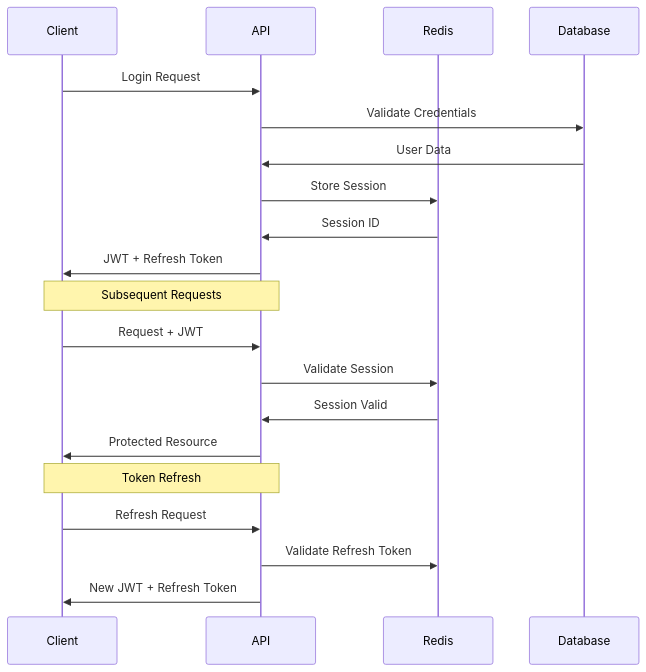
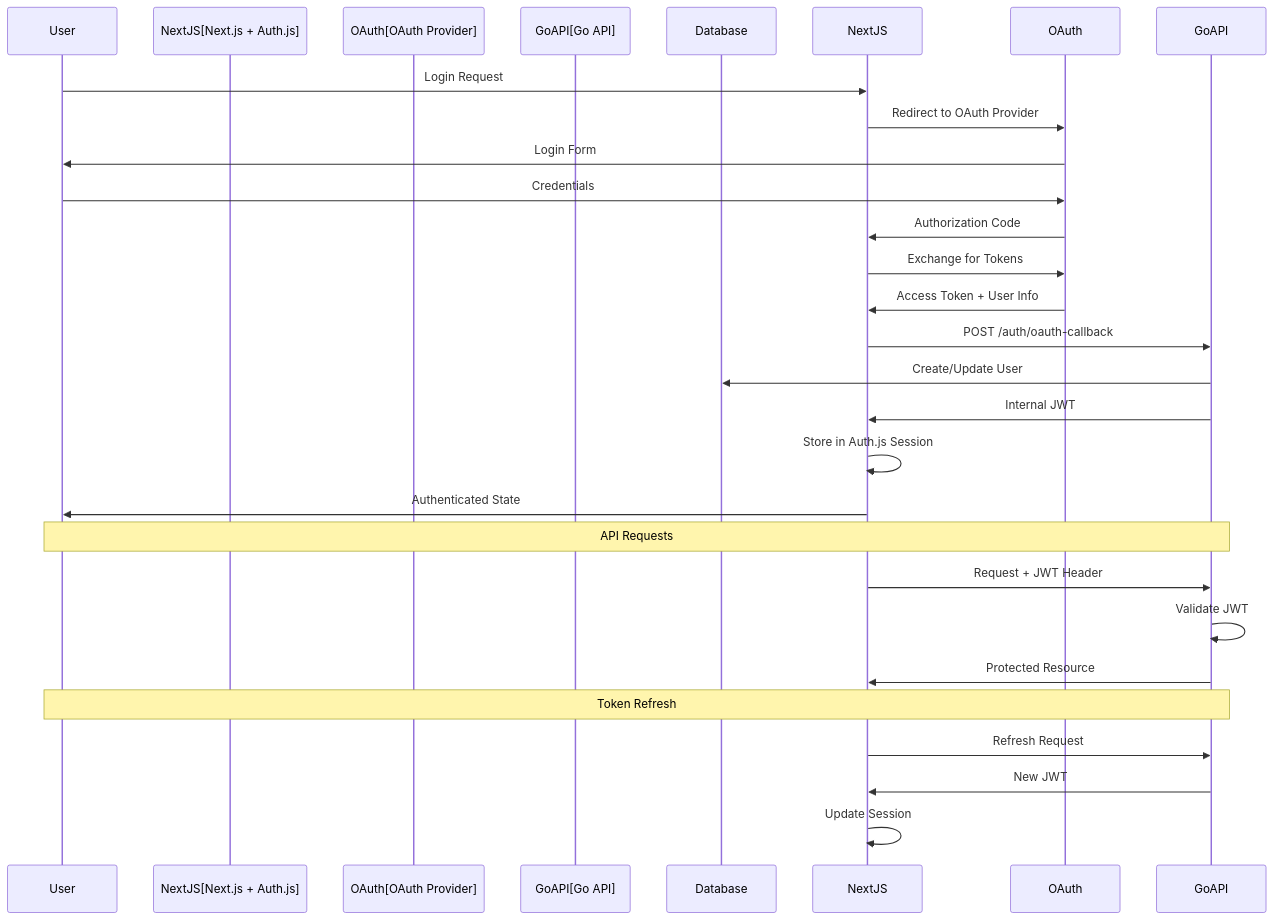
One commit to aneuhold/tracktory changed the diagram in docs/architecture/technical-decisions/adr-003-authentication.md. Above: the diagram before and after it, drawn with Mermaid. The commit also changed other lines of this file and 4 other files, not shown here.

````diff
--- a/docs/architecture/technical-decisions/adr-003-authentication.md
+++ b/docs/architecture/technical-decisions/adr-003-authentication.md
@@ -16,25 +17,31 @@
 ```mermaid
 sequenceDiagram
-    participant Client
-    participant API
-    participant Redis
+    participant User
+    participant NextJS[Next.js + Auth.js]
+    participant OAuth[OAuth Provider]
+    participant GoAPI[Go API]
     participant Database
 
-    Client->>API: Login Request
-    API->>Database: Validate Credentials
-    Database->>API: User Data
-    API->>Redis: Store Session
-    Redis->>API: Session ID
-    API->>Client: JWT + Refresh Token
+    User->>NextJS: Login Request
+    NextJS->>OAuth: Redirect to OAuth Provider
+    OAuth->>User: Login Form
+    User->>OAuth: Credentials
+    OAuth->>NextJS: Authorization Code
+    NextJS->>OAuth: Exchange for Tokens
+    OAuth->>NextJS: Access Token + User Info
+    NextJS->>GoAPI: POST /auth/oauth-callback
+    GoAPI->>Database: Create/Update User
+    GoAPI->>NextJS: Internal JWT
+    NextJS->>NextJS: Store in Auth.js Session
+    NextJS->>User: Authenticated State
 
-    Note over Client,API: Subsequent Requests
-    Client->>API: Request + JWT
-    API->>Redis: Validate Session
-    Redis->>API: Session Valid
-    API->>Client: Protected Resource
+    Note over User,GoAPI: API Requests
+    NextJS->>GoAPI: Request + JWT Header
+    GoAPI->>GoAPI: Validate JWT
+    GoAPI->>NextJS: Protected Resource
 
-    Note over Client,API: Token Refresh
-    Client->>API: Refresh Request
-    API->>Redis: Validate Refresh Token
-    API->>Client: New JWT + Refresh Token
+    Note over User,GoAPI: Token Refresh
+    NextJS->>GoAPI: Refresh Request
+    GoAPI->>NextJS: New JWT
+    NextJS->>NextJS: Update Session
 ```
````
